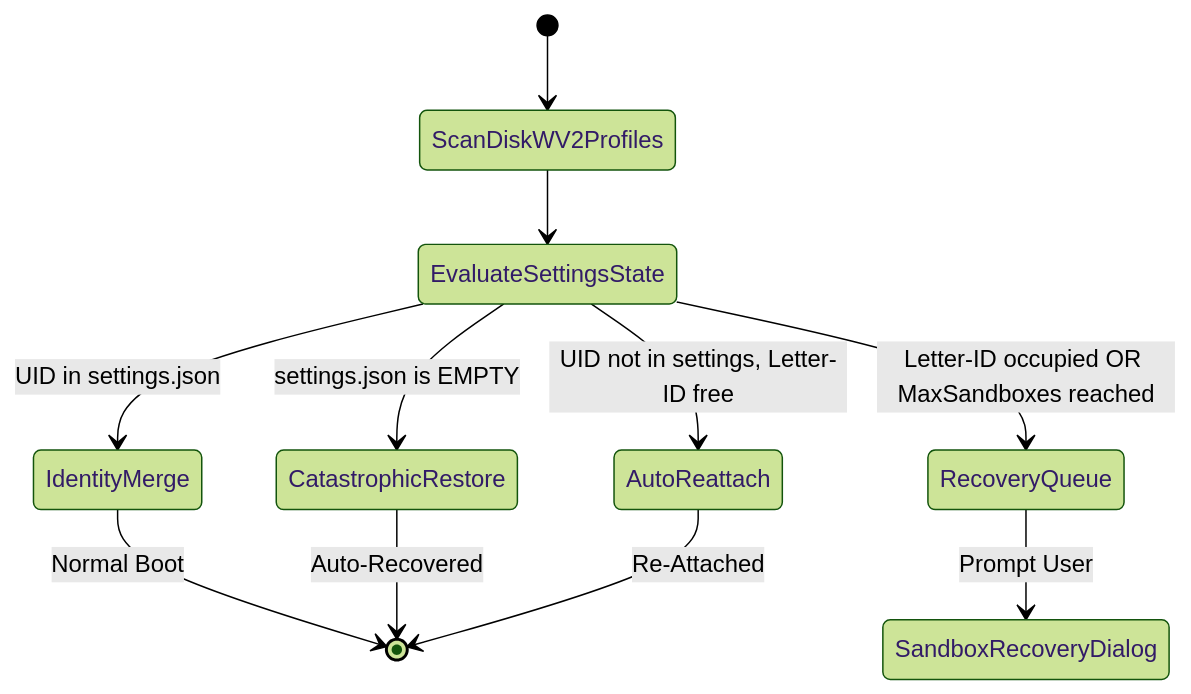
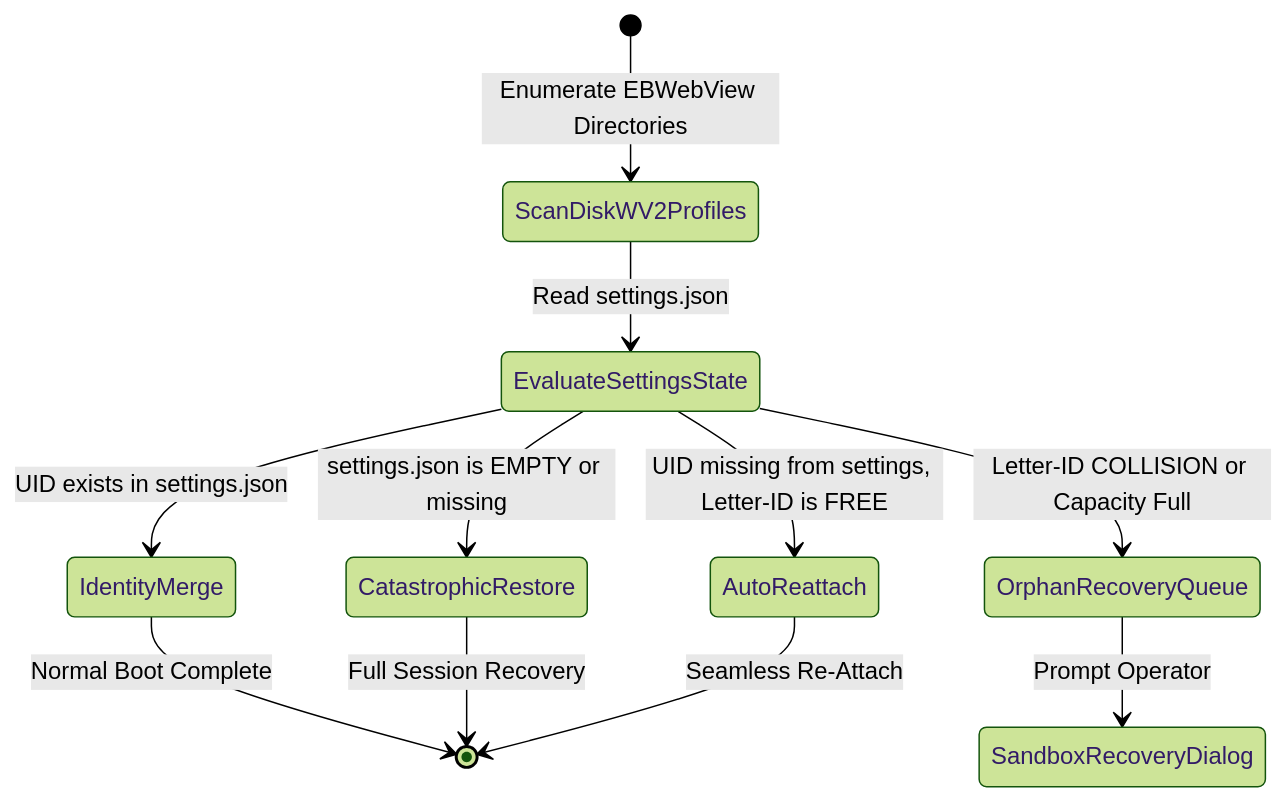
The fourth of 5 diagrams in docs/core-features/sandbox-isolation/profile-storage-and-disk-anchors.md (joelaniol/nova), drawn with Mermaid (forest theme) before and after one commit. The commit also changed other lines of this file and 3 other files, not shown here.

Commit message:
docs(sandbox-isolation): expand architectural reference with anchors, routing, and GUI controls

````diff
--- a/docs/core-features/sandbox-isolation/profile-storage-and-disk-anchors.md
+++ b/docs/core-features/sandbox-isolation/profile-storage-and-disk-anchors.md
@@ -113,15 +216,15 @@
 ```mermaid
 stateDiagram-v2
-    [*] --> ScanDiskWV2Profiles
-    ScanDiskWV2Profiles --> EvaluateSettingsState
+    [*] --> ScanDiskWV2Profiles: Enumerate EBWebView Directories
+    ScanDiskWV2Profiles --> EvaluateSettingsState: Read settings.json
 
-    EvaluateSettingsState --> IdentityMerge: UID in settings.json
-    EvaluateSettingsState --> CatastrophicRestore: settings.json is EMPTY
-    EvaluateSettingsState --> AutoReattach: UID not in settings, Letter-ID free
-    EvaluateSettingsState --> RecoveryQueue: Letter-ID occupied OR MaxSandboxes reached
+    EvaluateSettingsState --> IdentityMerge: UID exists in settings.json
+    EvaluateSettingsState --> CatastrophicRestore: settings.json is EMPTY or missing
+    EvaluateSettingsState --> AutoReattach: UID missing from settings, Letter-ID is FREE
+    EvaluateSettingsState --> OrphanRecoveryQueue: Letter-ID COLLISION or Capacity Full
 
-    IdentityMerge --> [*]: Normal Boot
-    CatastrophicRestore --> [*]: Auto-Recovered
-    AutoReattach --> [*]: Re-Attached
-    RecoveryQueue --> SandboxRecoveryDialog: Prompt User
+    IdentityMerge --> [*]: Normal Boot Complete
+    CatastrophicRestore --> [*]: Full Session Recovery
+    AutoReattach --> [*]: Seamless Re-Attach
+    OrphanRecoveryQueue --> SandboxRecoveryDialog: Prompt Operator
 ```
````
